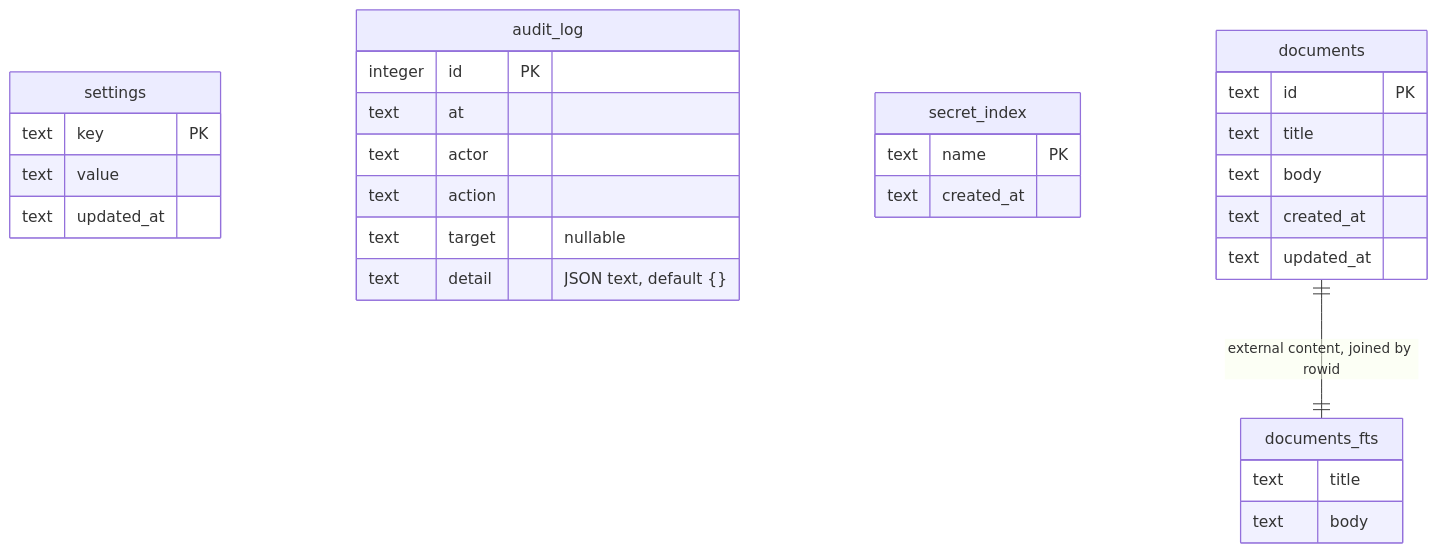
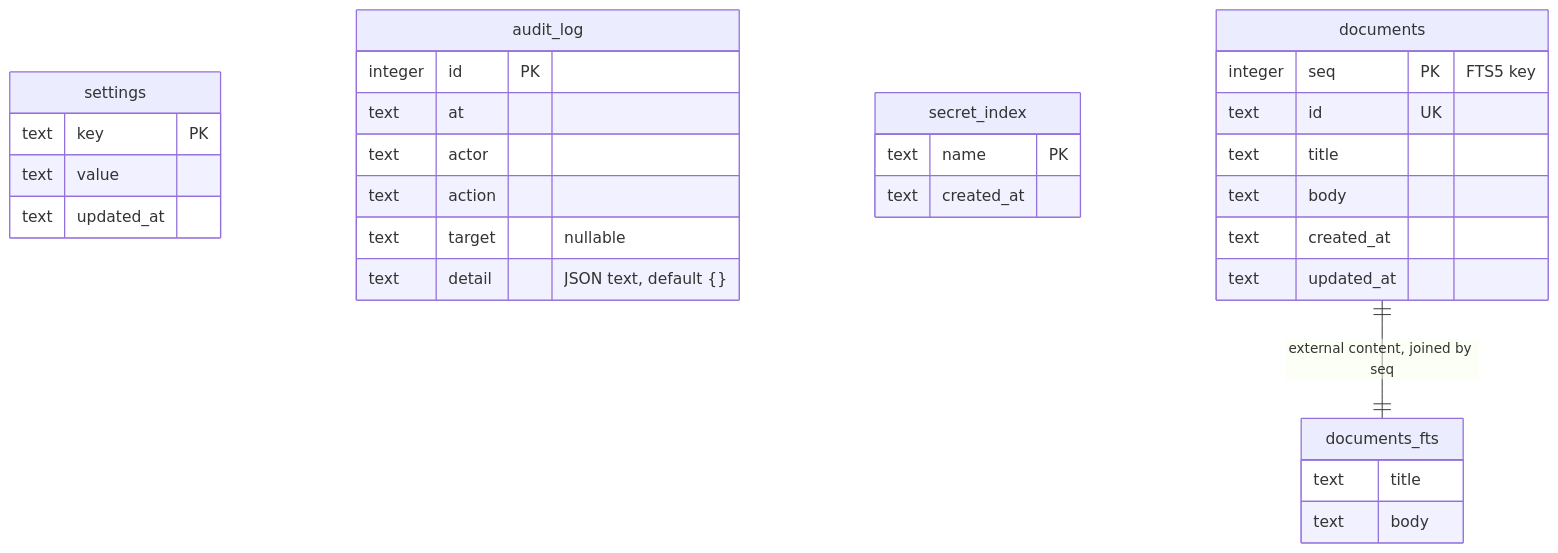
Before and after one commit to gvsrusa/jobpilot: the first of 2 diagrams in docs/database-schema.md, drawn with Mermaid. The commit also changed other lines of this file and 2 other files, not shown here.

Commit message:
fix(core): key document search on a declared integer primary key

````diff
--- a/docs/database-schema.md
+++ b/docs/database-schema.md
@@ -11,32 +11,33 @@
 ```mermaid
 erDiagram
     settings {
         text key PK
         text value
         text updated_at
     }
     audit_log {
         integer id PK
         text at
         text actor
         text action
         text target "nullable"
         text detail "JSON text, default {}"
     }
     secret_index {
         text name PK
         text created_at
     }
     documents {
-        text id PK
+        integer seq PK "FTS5 key"
+        text id UK
         text title
         text body
         text created_at
         text updated_at
     }
     documents_fts {
         text title
         text body
     }
-    documents ||--|| documents_fts : "external content, joined by rowid"
+    documents ||--|| documents_fts : "external content, joined by seq"
 ```
````
